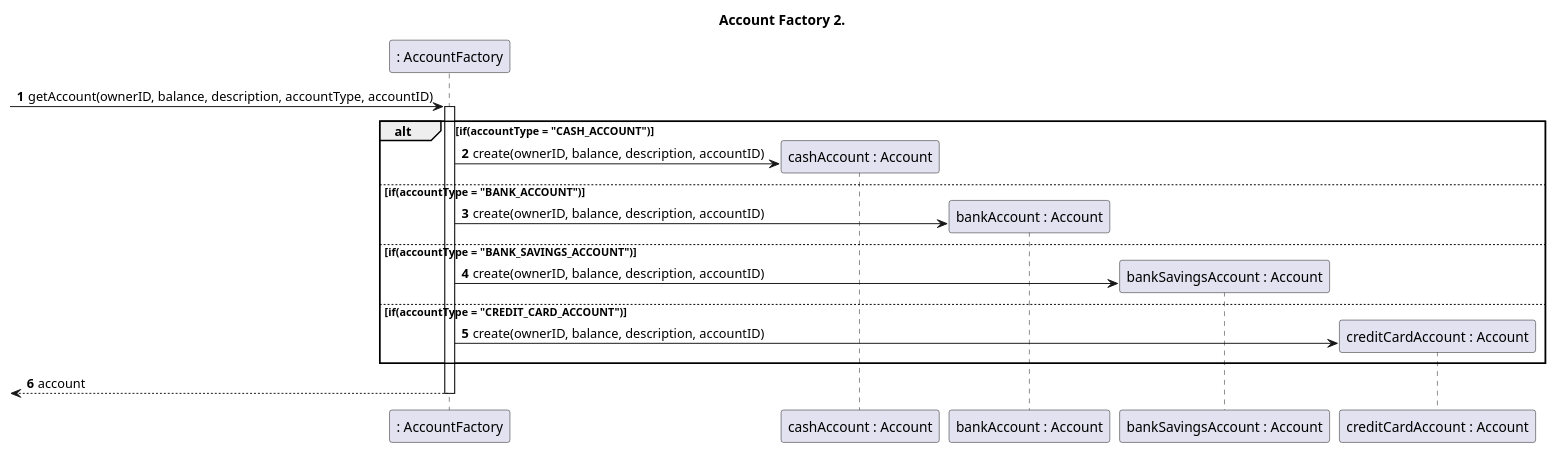
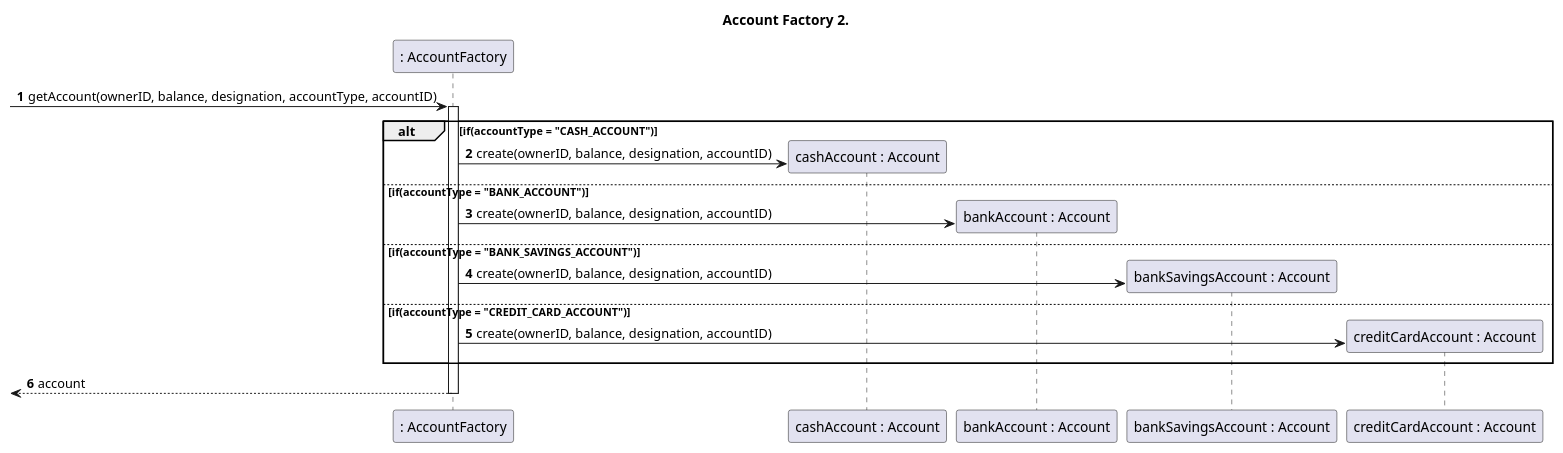
The fifth of 5 diagrams in docs/sprint5/user_stories/US170,171,172,173.md (tomas-osswald/switch_2020_g3), drawn with PlantUML before and after one commit. The commit also changed other lines of this file and 1 other file, not shown here.

Commit message:
update to documentation of account creation user stories

````diff
--- a/docs/sprint5/user_stories/US170,171,172,173.md
+++ b/docs/sprint5/user_stories/US170,171,172,173.md
@@ -339,30 +329,30 @@
 ```puml
 autonumber
 title Account Factory 2.
 
 participant ": AccountFactory" as factory
 participant "cashAccount : Account" as cashAccount
 participant "bankAccount : Account" as bankAccount
 participant "bankSavingsAccount : Account" as bankSavingsAccount
 participant "creditCardAccount : Account" as creditCardAccount
 
--> factory : getAccount(ownerID, balance, description, accountType, accountID)
+-> factory : getAccount(ownerID, balance, designation, accountType, accountID)
 activate factory
 
 alt if(accountType = "CASH_ACCOUNT")
-factory -> cashAccount ** : create(ownerID, balance, description, accountID)
+factory -> cashAccount ** : create(ownerID, balance, designation, accountID)
 
 else if(accountType = "BANK_ACCOUNT")
-factory -> bankAccount ** : create(ownerID, balance, description, accountID)
+factory -> bankAccount ** : create(ownerID, balance, designation, accountID)
 
 else if(accountType = "BANK_SAVINGS_ACCOUNT")
-factory -> bankSavingsAccount ** : create(ownerID, balance, description, accountID)
+factory -> bankSavingsAccount ** : create(ownerID, balance, designation, accountID)
 
 else if(accountType = "CREDIT_CARD_ACCOUNT")
-factory -> creditCardAccount ** : create(ownerID, balance, description, accountID)
+factory -> creditCardAccount ** : create(ownerID, balance, designation, accountID)
 
 end
 
 return account
 
 ```
````
